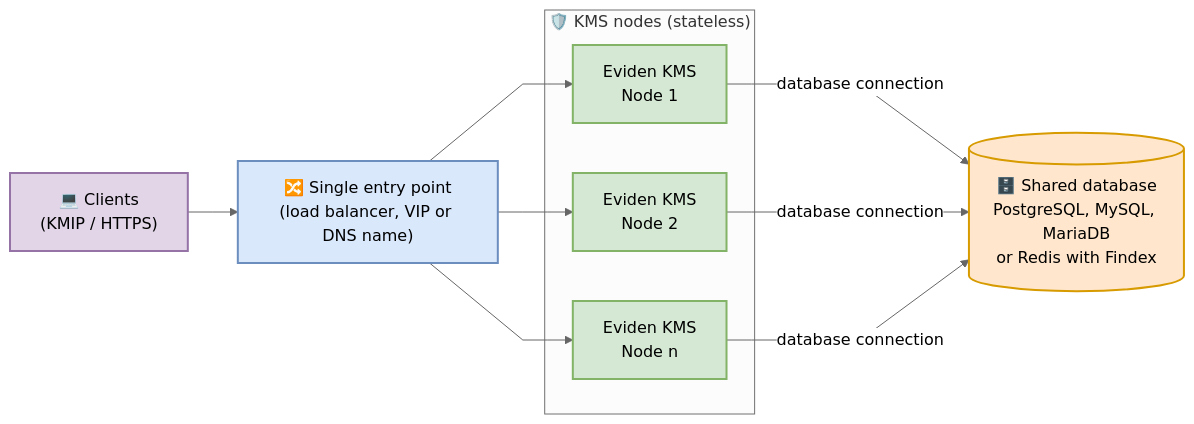
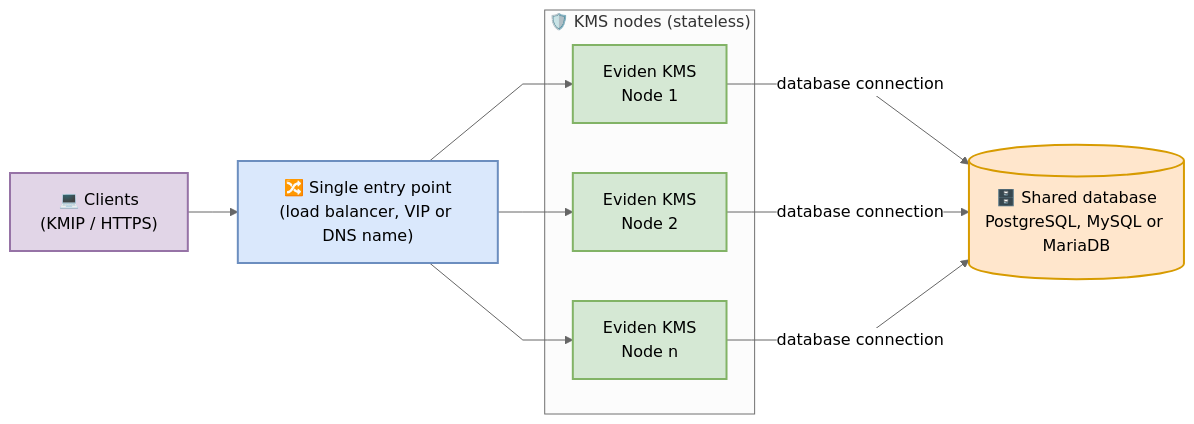
One commit to Cosmian/kms changed the first of 4 diagrams in documentation/docs/installation/high_availability_mode.md. Above: the diagram before and after it, drawn with Mermaid (neutral theme). The commit also changed other lines of this file and 6 other files, not shown here.

````diff
--- a/documentation/docs/installation/high_availability_mode.md
+++ b/documentation/docs/installation/high_availability_mode.md
@@ -8,23 +8,23 @@
 ```mermaid
 %%{init: {"flowchart": {"curve": "linear"}}}%%
 flowchart LR
     classDef client fill:#e1d5e7,stroke:#9673a6,stroke-width:2px,color:#000
     classDef entry fill:#dae8fc,stroke:#6c8ebf,stroke-width:2px,color:#000
     classDef kms fill:#d5e8d4,stroke:#82b366,stroke-width:2px,color:#000
     classDef db fill:#ffe6cc,stroke:#d79b00,stroke-width:2px,color:#000
 
     clients["💻 Clients<br/>(KMIP / HTTPS)"]:::client
     entry["🔀 Single entry point<br/>(load balancer, VIP or DNS name)"]:::entry
 
     subgraph kms_cluster["🛡️ KMS nodes (stateless)"]
         node1["Eviden KMS<br/>Node 1"]:::kms
         node2["Eviden KMS<br/>Node 2"]:::kms
         nodeN["Eviden KMS<br/>Node n"]:::kms
     end
 
-    db[("🗄️ Shared database<br/>PostgreSQL, MySQL, MariaDB<br/>or Redis with Findex")]:::db
+    db[("🗄️ Shared database<br/>PostgreSQL, MySQL or MariaDB")]:::db
 
     clients --> entry
     entry --> node1 & node2 & nodeN
     node1 & node2 & nodeN -->|"database connection"| db
 ```
````
